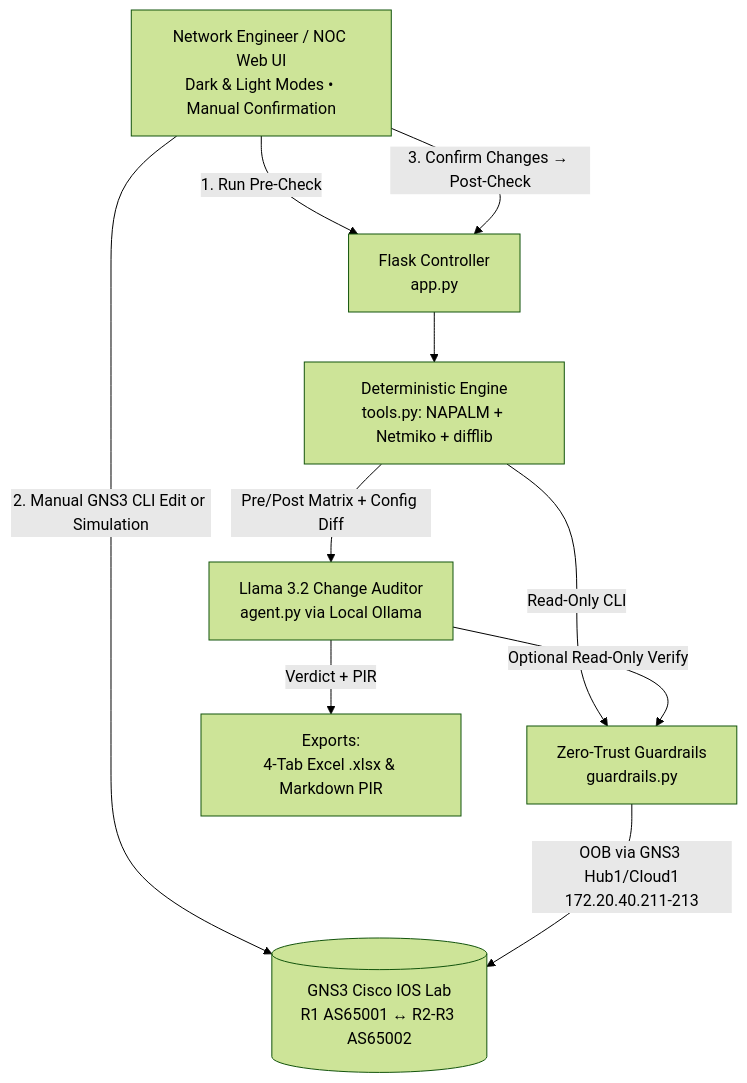
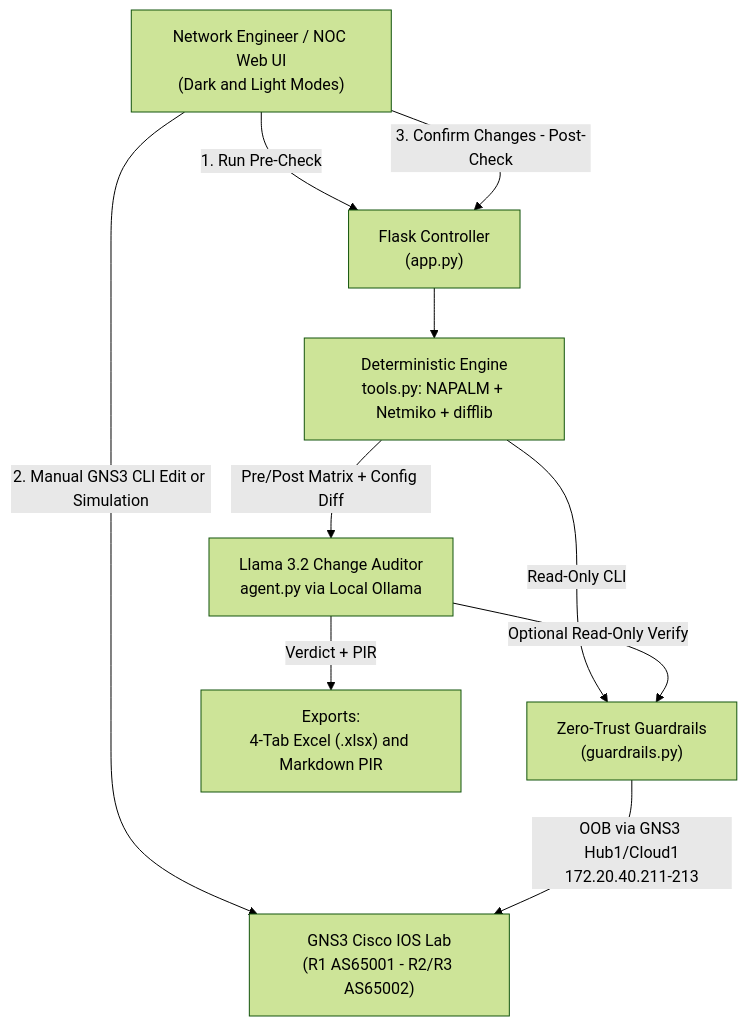
One commit to shahkh-eng/netops-ai-mop-auditor changed the diagram in README.md. Above: the diagram before and after it, drawn with Mermaid (forest theme). The commit also changed other lines of this file, not shown here.

````diff
--- a/README.md
+++ b/README.md
@@ -45,14 +47,14 @@
 ```mermaid
 flowchart TB
-    Eng[Network Engineer / NOC Web UI<br/>Dark & Light Modes • Manual Confirmation] -->|1. Run Pre-Check| Flask[Flask Controller<br/>app.py]
-    Eng -->|2. Manual GNS3 CLI Edit or Simulation| Lab[(GNS3 Cisco IOS Lab<br/>R1 AS65001 ↔ R2-R3 AS65002)]
-    Eng -->|3. Confirm Changes → Post-Check| Flask
+    Eng["Network Engineer / NOC Web UI<br/>(Dark and Light Modes)"] -->|1. Run Pre-Check| Flask["Flask Controller<br/>(app.py)"]
+    Eng -->|2. Manual GNS3 CLI Edit or Simulation| Lab["GNS3 Cisco IOS Lab<br/>(R1 AS65001 - R2/R3 AS65002)"]
+    Eng -->|3. Confirm Changes - Post-Check| Flask
 
-    Flask --> Snap[Deterministic Engine<br/>tools.py: NAPALM + Netmiko + difflib]
-    Snap -->|Read-Only CLI| Guard[Zero-Trust Guardrails<br/>guardrails.py]
+    Flask --> Snap["Deterministic Engine<br/>tools.py: NAPALM + Netmiko + difflib"]
+    Snap -->|Read-Only CLI| Guard["Zero-Trust Guardrails<br/>(guardrails.py)"]
     Guard -->|OOB via GNS3 Hub1/Cloud1<br/>172.20.40.211-213| Lab
 
-    Snap -->|Pre/Post Matrix + Config Diff| AI[Llama 3.2 Change Auditor<br/>agent.py via Local Ollama]
+    Snap -->|Pre/Post Matrix + Config Diff| AI["Llama 3.2 Change Auditor<br/>agent.py via Local Ollama"]
     AI -->|Optional Read-Only Verify| Guard
-    AI -->|Verdict + PIR| Out[Exports:<br/>4-Tab Excel .xlsx & Markdown PIR]
+    AI -->|Verdict + PIR| Out["Exports:<br/>4-Tab Excel (.xlsx) and Markdown PIR"]
 ```
````
